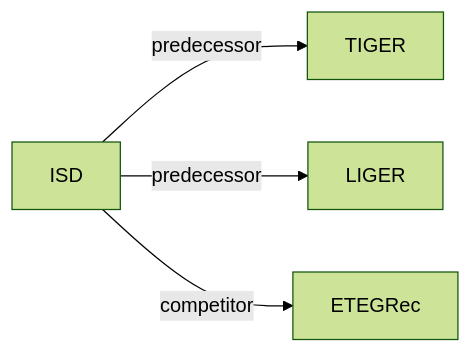
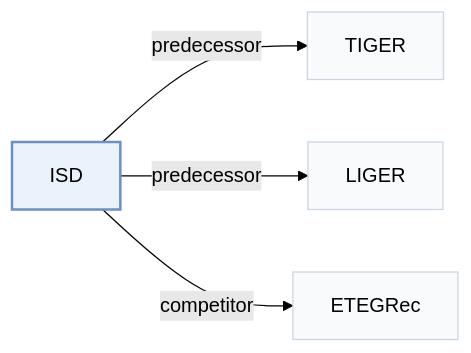
One commit to Galaxy-ghost/Awesome-SID-Generative-Rec changed the second of 2 diagrams in pages/papers/isd.md. Above: the diagram before and after it, drawn with Mermaid (forest theme). The commit also changed other lines of this file and 649 other files, not shown here.

Commit message:
writer-05: also tags and modality index (schema, check, build, visuals); summary field removed; calibration data for 12 papers

````diff
--- a/pages/papers/isd.md
+++ b/pages/papers/isd.md
@@ -66,7 +74,11 @@
 ```mermaid
 flowchart LR
     P["ISD"]
-    P -->|predecessor| A["TIGER"]
-    P -->|predecessor| B["LIGER"]
-    P -->|competitor| C["ETEGRec"]
+    P -->|"predecessor"| A["TIGER"]
+    P -->|"predecessor"| B["LIGER"]
+    P -->|"competitor"| C["ETEGRec"]
+    classDef main fill:#eaf2fb,stroke:#6b8fc7,stroke-width:2px
+    classDef peer fill:#f8fafc,stroke:#cbd5e1
+    class P main
+    class A,B,C peer
 ```
````
